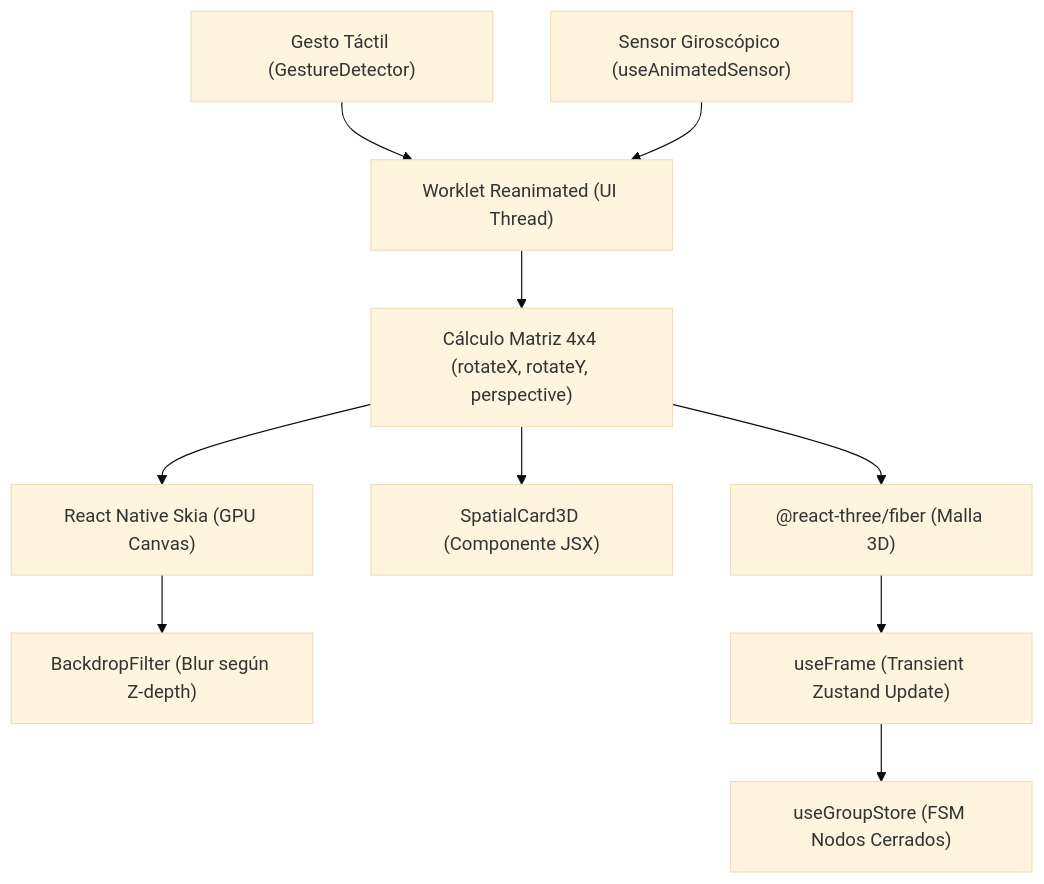
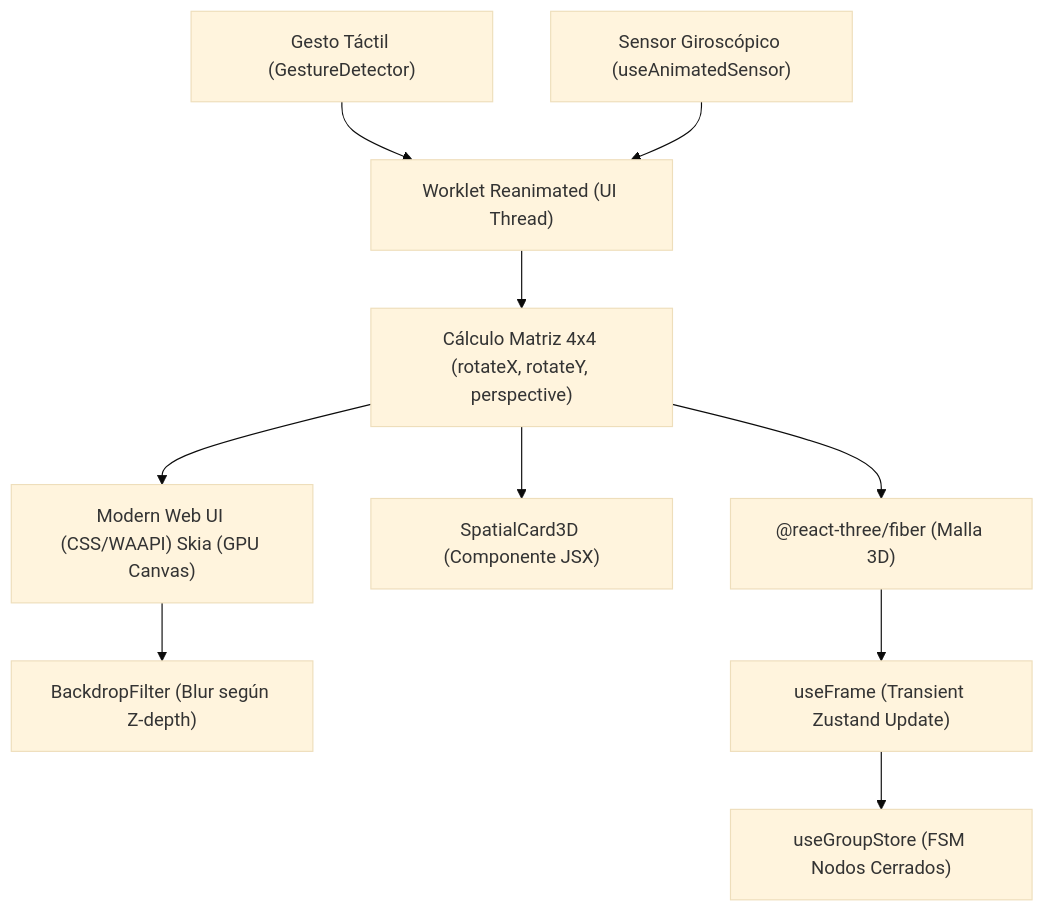
Before and after one commit to thunderalbatros/web-software-factory: the diagram in knowledge/motion_and_animation/CANON_WEBGPU_THREEJS_SHADER_ECOSYSTEM.md, drawn with Mermaid (base theme). The commit also changed other lines of this file and 366 other files, not shown here.

````diff
--- a/knowledge/motion_and_animation/CANON_WEBGPU_THREEJS_SHADER_ECOSYSTEM.md
+++ b/knowledge/motion_and_animation/CANON_WEBGPU_THREEJS_SHADER_ECOSYSTEM.md
@@ -54,16 +54,16 @@
 ```mermaid
 graph TD
     Gesture["Gesto Táctil (GestureDetector)"] --> Worklet["Worklet Reanimated (UI Thread)"]
     Sensor["Sensor Giroscópico (useAnimatedSensor)"] --> Worklet
     
     Worklet --> MatrixCalc["Cálculo Matriz 4x4 (rotateX, rotateY, perspective)"]
     
-    MatrixCalc --> SkiaRenderer["React Native Skia (GPU Canvas)"]
+    MatrixCalc --> SkiaRenderer["Modern Web UI (CSS/WAAPI) Skia (GPU Canvas)"]
     MatrixCalc --> SpatialUI["SpatialCard3D (Componente JSX)"]
     MatrixCalc --> R3FScene["@react-three/fiber (Malla 3D)"]
     
     SkiaRenderer --> BackdropFilter["BackdropFilter (Blur según Z-depth)"]
     R3FScene --> useFrameLoop["useFrame (Transient Zustand Update)"]
     
     useFrameLoop --> ZustandStore["useGroupStore (FSM Nodos Cerrados)"]
 ```
````
